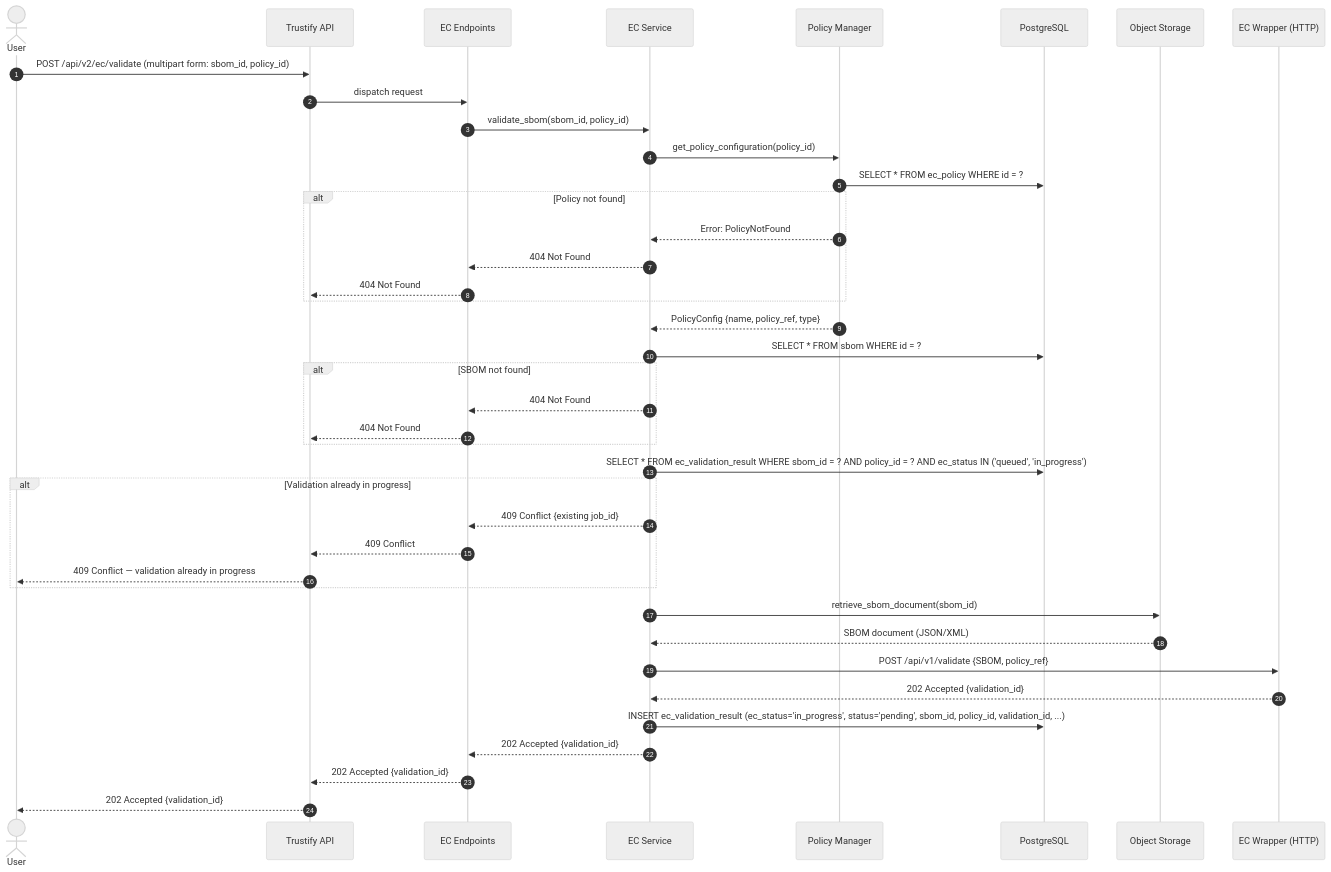
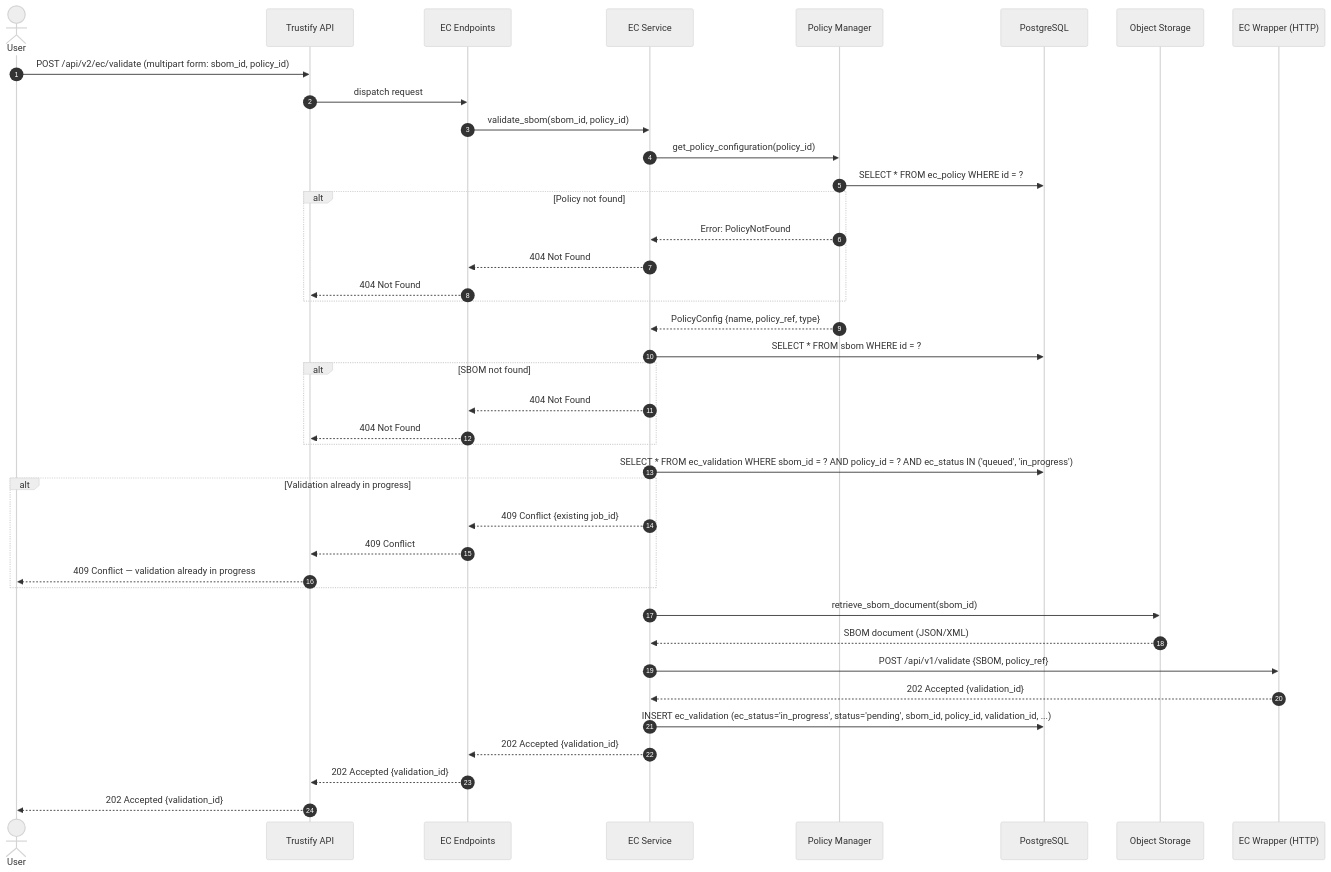
The fourth of 5 diagrams in docs/adrs/00014-enterprise-contract-integration.md (gildub/trustify), drawn with Mermaid (neutral theme) before and after one commit. The commit also changed other lines of this file, not shown here.

Commit message:
Rename ec_validation table

````diff
--- a/docs/adrs/00014-enterprise-contract-integration.md
+++ b/docs/adrs/00014-enterprise-contract-integration.md
@@ -243,49 +243,49 @@
 ```mermaid
 sequenceDiagram
     autonumber
     actor User
     participant API as Trustify API
     participant EP as EC Endpoints
     participant VS as EC Service
     participant PM as Policy Manager
     participant DB as PostgreSQL
     participant S3 as Object Storage
     participant Wrapper as EC Wrapper (HTTP)
 
     User->>API: POST /api/v2/ec/validate (multipart form: sbom_id, policy_id)
     API->>EP: dispatch request
     EP->>VS: validate_sbom(sbom_id, policy_id)
 
     VS->>PM: get_policy_configuration(policy_id)
     PM->>DB: SELECT * FROM ec_policy WHERE id = ?
     alt Policy not found
         PM-->>VS: Error: PolicyNotFound
         VS-->>EP: 404 Not Found
         EP-->>API: 404 Not Found
     end
     PM-->>VS: PolicyConfig {name, policy_ref, type}
 
     VS->>DB: SELECT * FROM sbom WHERE id = ?
     alt SBOM not found
         VS-->>EP: 404 Not Found
         EP-->>API: 404 Not Found
     end
 
-    VS->>DB: SELECT * FROM ec_validation_result WHERE sbom_id = ? AND policy_id = ? AND ec_status IN ('queued', 'in_progress')
+    VS->>DB: SELECT * FROM ec_validation WHERE sbom_id = ? AND policy_id = ? AND ec_status IN ('queued', 'in_progress')
     alt Validation already in progress
         VS-->>EP: 409 Conflict {existing job_id}
         EP-->>API: 409 Conflict
         API-->>User: 409 Conflict — validation already in progress
     end
 
     VS->>S3: retrieve_sbom_document(sbom_id)
     S3-->>VS: SBOM document (JSON/XML)
 
     VS->>Wrapper: POST /api/v1/validate {SBOM, policy_ref}
     Wrapper-->>VS: 202 Accepted {validation_id}
 
-    VS->>DB: INSERT ec_validation_result (ec_status='in_progress', status='pending', sbom_id, policy_id, validation_id, ...)
+    VS->>DB: INSERT ec_validation (ec_status='in_progress', status='pending', sbom_id, policy_id, validation_id, ...)
     VS-->>EP: 202 Accepted {validation_id}
     EP-->>API: 202 Accepted {validation_id}
     API-->>User: 202 Accepted {validation_id}
 ```
````
